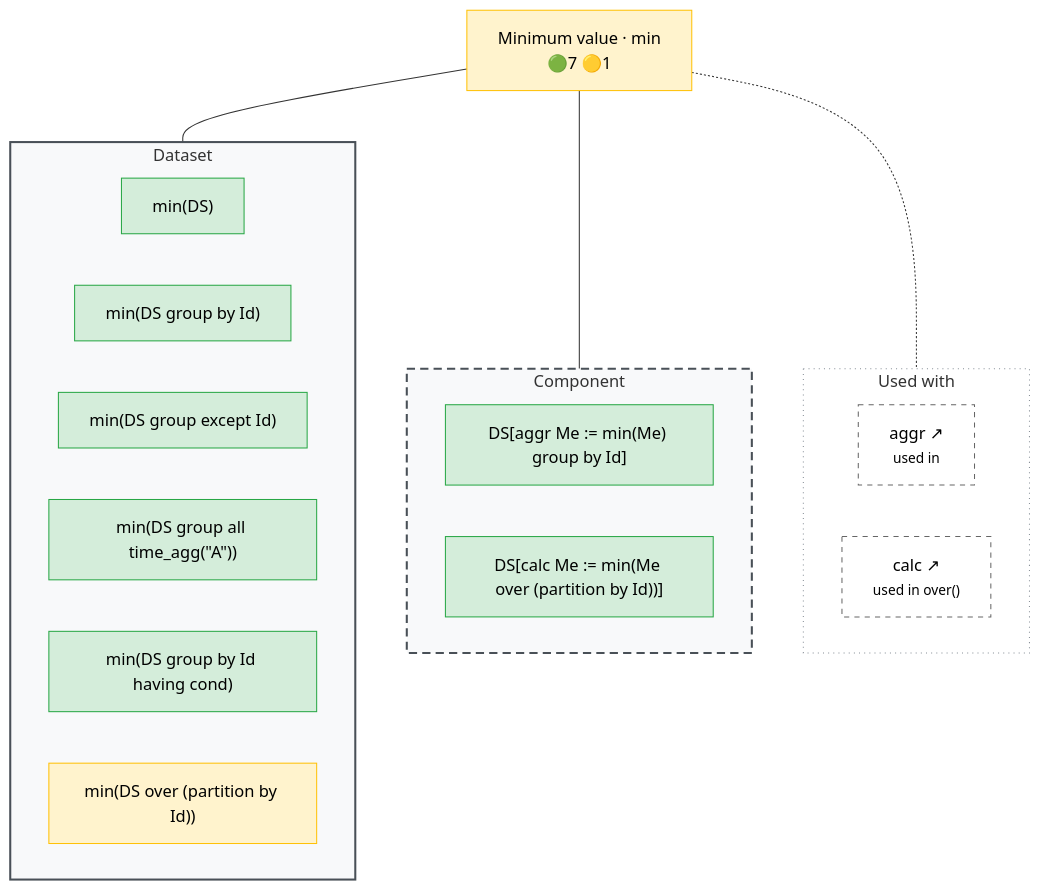
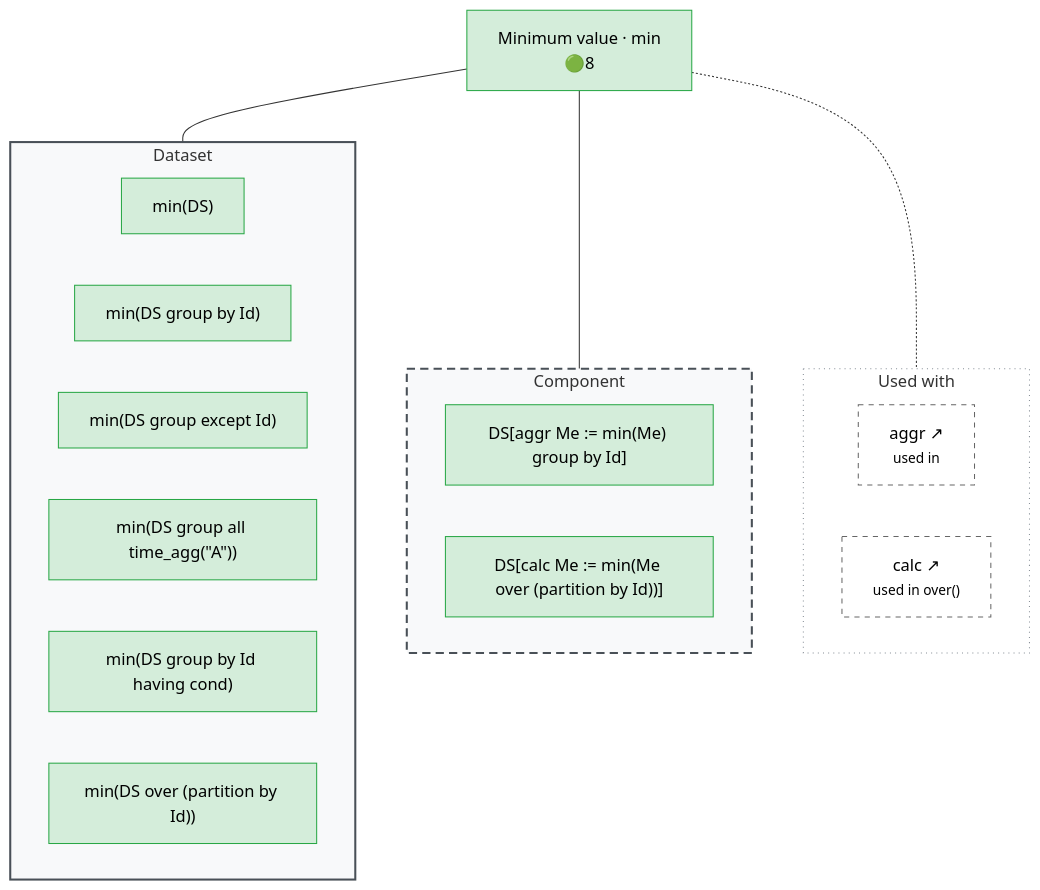
One commit to Meaningful-Data/vtlengine changed the diagram in docs/operator_map/aggregate/min.rst. Above: the diagram before and after it, drawn with Mermaid. The commit also changed other lines of this file and 175 other files, not shown here.

```diff
--- a/docs/operator_map/aggregate/min.rst
+++ b/docs/operator_map/aggregate/min.rst
@@ -28,47 +28,47 @@
 .. mermaid::
    :config: {"flowchart": {"useMaxWidth": false}}
 
    flowchart TB
        classDef ok fill:#d4edda,stroke:#28a745,color:#000
        classDef partial fill:#fff3cd,stroke:#ffc107,color:#000
        classDef refused fill:#d4edda,stroke:#28a745,stroke-width:3px,stroke-dasharray: 2 2,color:#000
        classDef missing fill:#f8d7da,stroke:#dc3545,color:#000
        classDef diverge fill:#cce5ff,stroke:#007bff,color:#000
        classDef block fill:#2b3a4a,stroke:#2b3a4a,color:#fff,font-weight:bold
        classDef ext fill:#fff,stroke:#666,color:#000,stroke-dasharray: 5 5
-       O["Minimum value · min<br/>🟢7 🟡1"]:::partial
+       O["Minimum value · min<br/>🟢8"]:::ok
        subgraph G_ds["Dataset"]
            direction LR
            v_ds_no_group["min(DS)"]:::ok
            v_ds_group_by["min(DS group by Id)"]:::ok
            v_ds_group_except["min(DS group except Id)"]:::ok
            v_ds_group_all["min(DS group all time_agg(#quot;A#quot;))"]:::ok
            v_ds_having["min(DS group by Id having cond)"]:::ok
-           v_analytic_ds["min(DS over (partition by Id))"]:::partial
+           v_analytic_ds["min(DS over (partition by Id))"]:::ok
        end
        subgraph G_comp["Component"]
            direction LR
            v_comp_in_aggr["DS#91;aggr Me #58;#61; min(Me) group by Id#93;"]:::ok
            v_analytic_comp["DS#91;calc Me #58;#61; min(Me over (partition by Id))#93;"]:::ok
        end
        subgraph G_use["Used with"]
            direction LR
            used__clause__aggr["aggr ↗<br/><small>used in</small>"]:::ext
            used__clause__calc["calc ↗<br/><small>used in over()</small>"]:::ext
        end
        O --- G_ds
        O --- G_comp
        O -.- G_use
        style G_ds fill:#f8f9fa,stroke:#495057,stroke-width:2px
        style G_comp fill:#f8f9fa,stroke:#495057,stroke-width:2px,stroke-dasharray: 8 5
        style G_use fill:#ffffff,stroke:#868e96,stroke-width:1px,stroke-dasharray: 1 4
        click v_ds_no_group href "#form-ds-no-group"
        click v_ds_group_by href "#form-ds-group-by"
        click v_ds_group_except href "#form-ds-group-except"
        click v_ds_group_all href "#form-ds-group-all"
        click v_ds_having href "#form-ds-having"
        click v_comp_in_aggr href "#form-comp-in-aggr"
        click v_analytic_ds href "#form-analytic-ds"
        click v_analytic_comp href "#form-analytic-comp"
        click used__clause__aggr href "../clause/aggr.html" "Aggregation · aggr"
        click used__clause__calc href "../clause/calc.html" "Calculation of a Component · calc"
```
